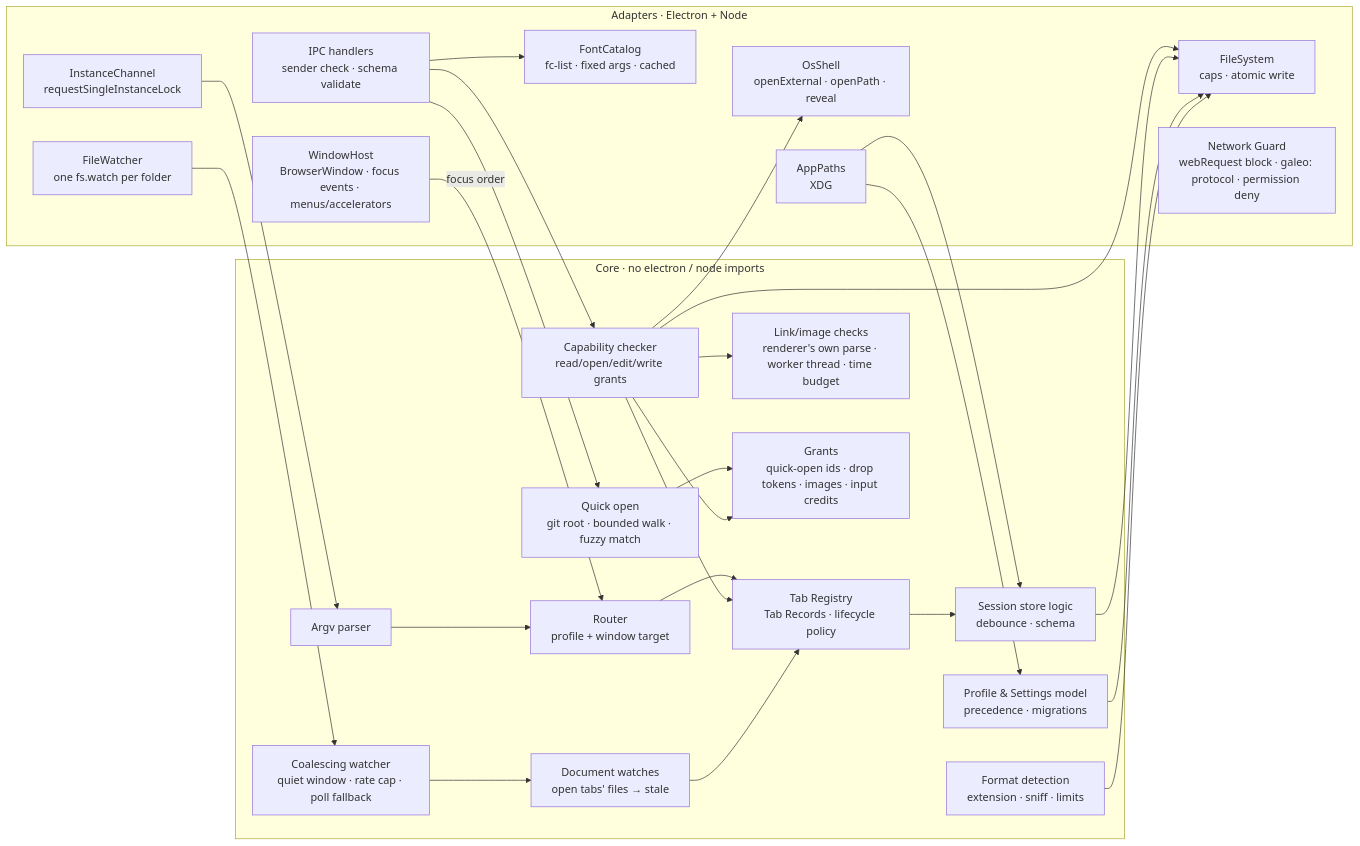
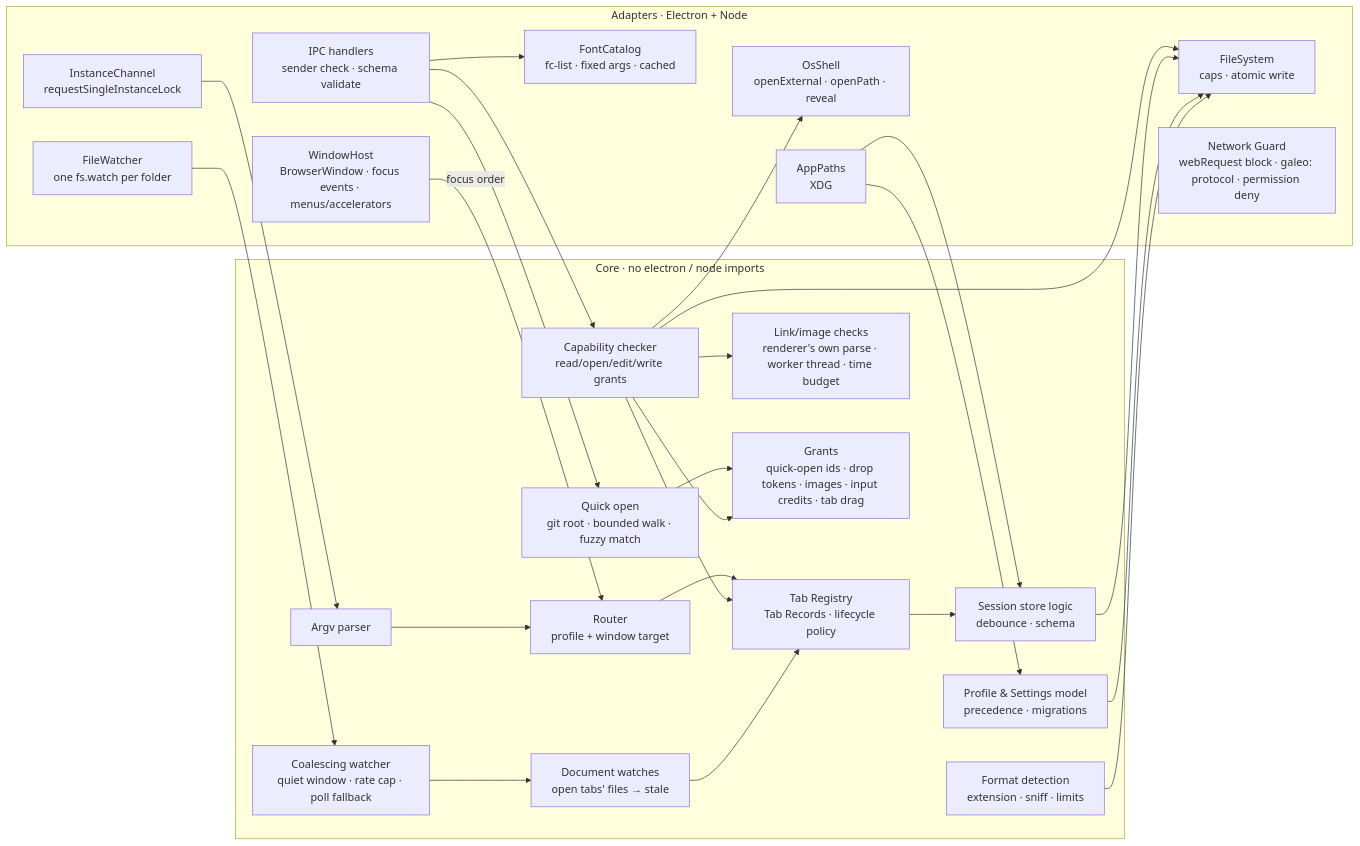
The third of 7 diagrams in docs/ARCHITECTURE.md (SWEStash/galeo), drawn with Mermaid before and after one commit. The commit also changed other lines of this file and 2 other files, not shown here.

Commit message:
docs: moving tabs between windows in the architecture, threat model and validation

````diff
--- a/docs/ARCHITECTURE.md
+++ b/docs/ARCHITECTURE.md
@@ -140,41 +140,41 @@
 ```mermaid
 flowchart LR
   subgraph core[Core · no electron / node imports]
     argv[Argv parser]
     routing[Router<br/>profile + window target]
     reg[Tab Registry<br/>Tab Records · lifecycle policy]
     prof[Profile & Settings model<br/>precedence · migrations]
     sess[Session store logic<br/>debounce · schema]
     caps[Capability checker<br/>read/open/edit/write grants]
     links[Link/image checks<br/>renderer's own parse · worker thread · time budget]
     fmt[Format detection<br/>extension · sniff · limits]
     coal[Coalescing watcher<br/>quiet window · rate cap · poll fallback]
     dw[Document watches<br/>open tabs' files → stale]
     qoc[Quick open<br/>git root · bounded walk · fuzzy match]
-    grants[Grants<br/>quick-open ids · drop tokens · images · input credits]
+    grants[Grants<br/>quick-open ids · drop tokens · images · input credits · tab drag]
   end
   subgraph adapt[Adapters · Electron + Node]
     inst[InstanceChannel<br/>requestSingleInstanceLock]
     win[WindowHost<br/>BrowserWindow · focus events · menus/accelerators]
     fsys[FileSystem<br/>caps · atomic write]
     watch[FileWatcher<br/>one fs.watch per folder]
     shellp[OsShell<br/>openExternal · openPath · reveal]
     fonts[FontCatalog<br/>fc-list · fixed args · cached]
     paths[AppPaths<br/>XDG]
     ipc[IPC handlers<br/>sender check · schema validate]
     netg[Network Guard<br/>webRequest block · galeo: protocol · permission deny]
   end
   inst --> argv --> routing --> reg
   win -- focus order --> routing
   ipc --> caps
   caps --> links & reg
   caps --> fsys & shellp
   reg --> sess --> fsys
   prof --> fsys
   fmt --> fsys
   watch --> coal --> dw --> reg
   ipc --> qoc --> grants
   ipc --> fonts
   caps --> grants
   paths --> sess & prof
 ```
````
